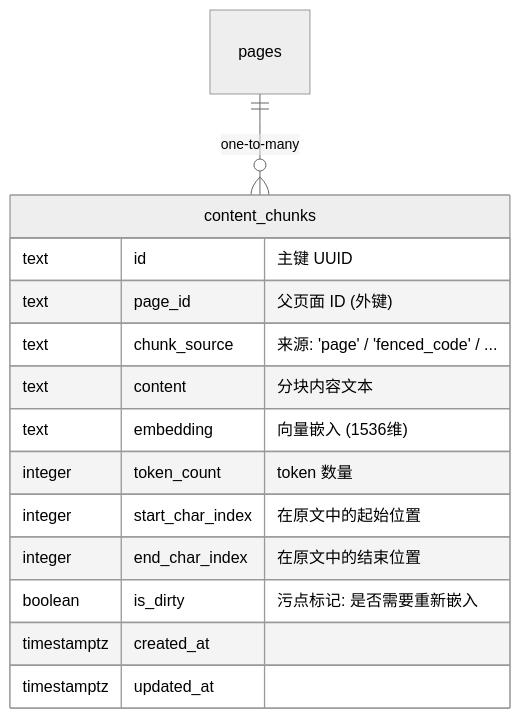
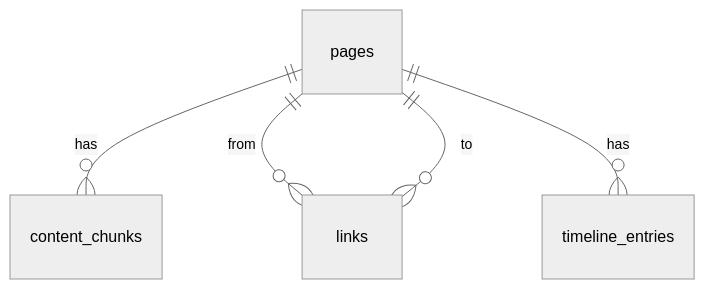
One commit to pty819/gbrain-book changed the first of 10 diagrams in memory-model.md. Above: the diagram before and after it, drawn with Mermaid (neutral theme). The commit also changed other lines of this file and 1 other file, not shown here.

First line of the commit message:
fix: correct mermaid syntax errors

````diff
--- a/memory-model.md
+++ b/memory-model.md
@@ -98,18 +28,7 @@
 ```{mermaid}
 erDiagram
-    pages ||--o{ content_chunks : "one-to-many"
-    
-    content_chunks {
-        text id "主键 UUID"
-        text page_id "父页面 ID (外键)"
-        text chunk_source "来源: 'page' / 'fenced_code' / ..."
-        text content "分块内容文本"
-        text embedding "向量嵌入 (1536维)"
-        integer token_count "token 数量"
-        integer start_char_index "在原文中的起始位置"
-        integer end_char_index "在原文中的结束位置"
-        boolean is_dirty "污点标记: 是否需要重新嵌入"
-        timestamptz created_at
-        timestamptz updated_at
-    }
+    pages ||--o{ content_chunks : "has"
+    pages ||--o{ links : "from"
+    pages ||--o{ links : "to"
+    pages ||--o{ timeline_entries : "has"
 ```
````
